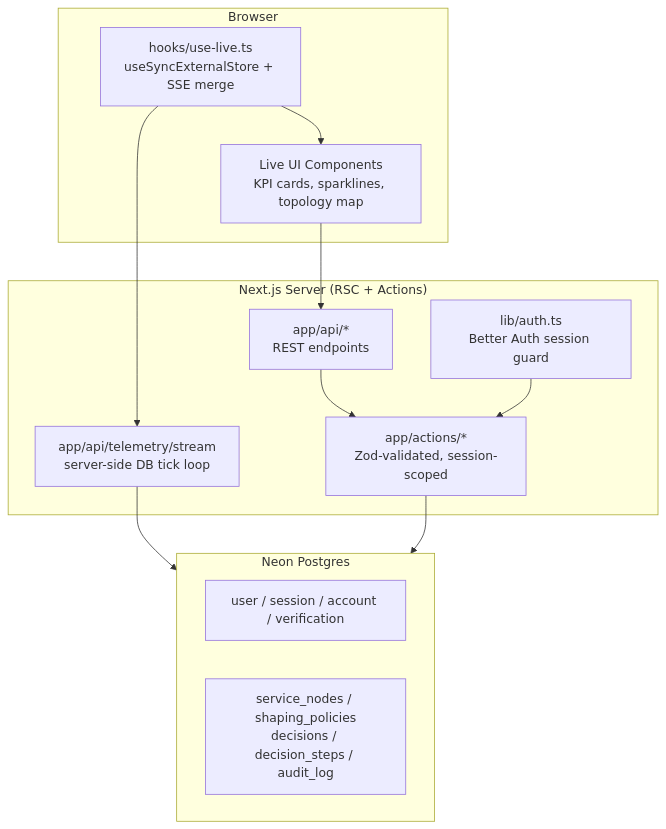
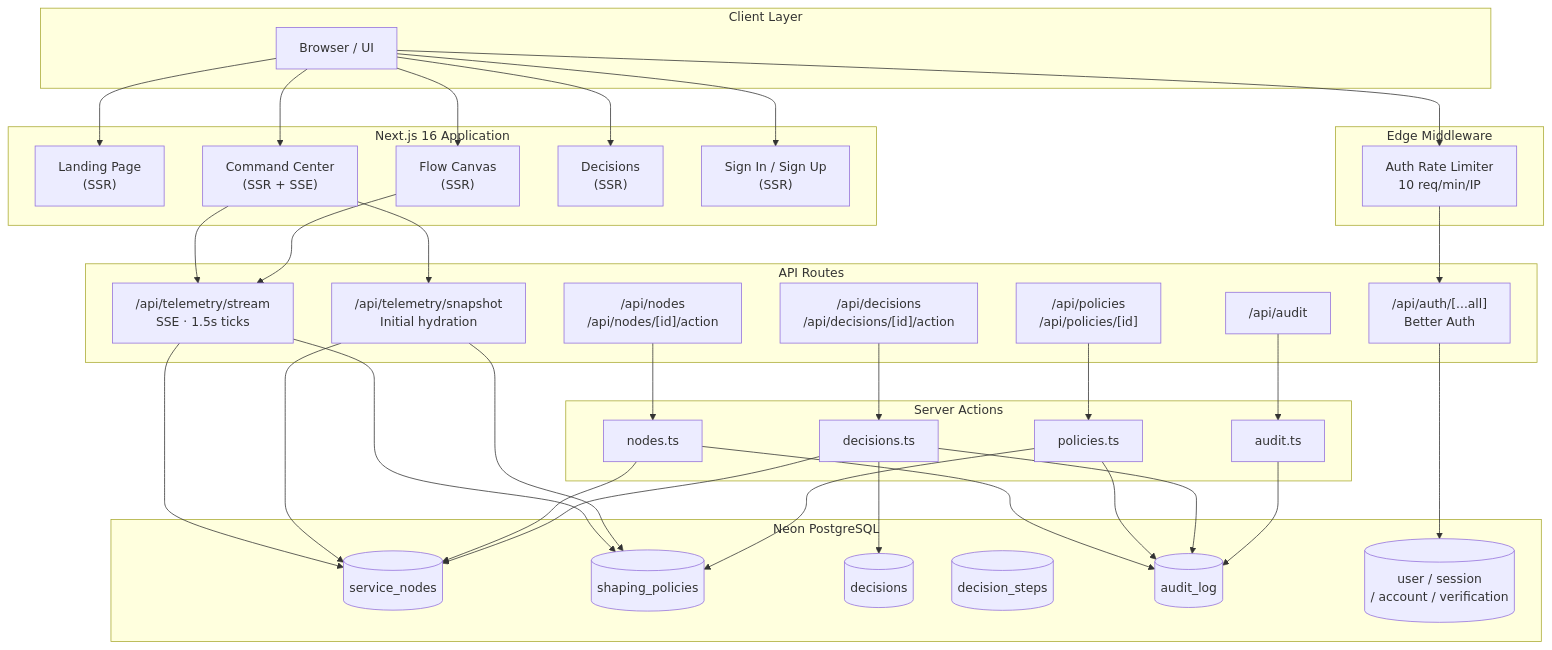
The first of 6 diagrams in README.md (BugHunterX2101/SentinalGateway), drawn with Mermaid before and after one commit. The commit also changed other lines of this file and 9 other files, not shown here.

````diff
--- a/README.md
+++ b/README.md
@@ -137,26 +50,71 @@
 ```mermaid
-graph TD
-    subgraph Client["Browser"]
-        Hook["hooks/use-live.ts<br/>useSyncExternalStore + SSE merge"]
-        UI["Live UI Components<br/>KPI cards, sparklines, topology map"]
+graph TB
+    subgraph Client["Client Layer"]
+        Browser["Browser / UI"]
     end
 
-    subgraph Server["Next.js Server (RSC + Actions)"]
-        Actions["app/actions/*<br/>Zod-validated, session-scoped"]
-        SSE["app/api/telemetry/stream<br/>server-side DB tick loop"]
-        APIRoutes["app/api/*<br/>REST endpoints"]
-        AuthLayer["lib/auth.ts<br/>Better Auth session guard"]
+    subgraph NextJS["Next.js 16 Application"]
+        Landing["Landing Page\n(SSR)"]
+        CommandCenter["Command Center\n(SSR + SSE)"]
+        FlowCanvas["Flow Canvas\n(SSR)"]
+        Decisions["Decisions\n(SSR)"]
+        AuthPages["Sign In / Sign Up\n(SSR)"]
     end
 
-    subgraph DB["Neon Postgres"]
-        AuthTables["user / session / account / verification"]
-        AppTables["service_nodes / shaping_policies<br/>decisions / decision_steps / audit_log"]
+    subgraph API["API Routes"]
+        AuthAPI["/api/auth/[...all]\nBetter Auth"]
+        NodesAPI["/api/nodes\n/api/nodes/[id]/action"]
+        PoliciesAPI["/api/policies\n/api/policies/[id]"]
+        DecisionsAPI["/api/decisions\n/api/decisions/[id]/action"]
+        AuditAPI["/api/audit"]
+        TelemetrySSE["/api/telemetry/stream\nSSE · 1.5s ticks"]
+        TelemetrySnap["/api/telemetry/snapshot\nInitial hydration"]
     end
 
-    Hook --> UI
-    UI --> APIRoutes
-    SSE --> DB
-    Hook --> SSE
-    APIRoutes --> Actions --> DB
-    AuthLayer --> Actions
+    subgraph Middleware["Edge Middleware"]
+        RateLimit["Auth Rate Limiter\n10 req/min/IP"]
+    end
+
+    subgraph ServerActions["Server Actions"]
+        NodesAction["nodes.ts"]
+        PoliciesAction["policies.ts"]
+        DecisionsAction["decisions.ts"]
+        AuditAction["audit.ts"]
+    end
+
+    subgraph DB["Neon PostgreSQL"]
+        ServiceNodes[("service_nodes")]
+        ShapingPolicies[("shaping_policies")]
+        DecisionsTable[("decisions")]
+        DecisionSteps[("decision_steps")]
+        AuditLog[("audit_log")]
+        AuthTables[("user / session\n/ account / verification")]
+    end
+
+    Browser --> RateLimit
+    RateLimit --> AuthAPI
+    Browser --> Landing
+    Browser --> CommandCenter
+    Browser --> FlowCanvas
+    Browser --> Decisions
+    Browser --> AuthPages
+
+    CommandCenter --> TelemetrySSE
+    CommandCenter --> TelemetrySnap
+    FlowCanvas --> TelemetrySSE
+
+    TelemetrySSE --> ServiceNodes
+    TelemetrySSE --> ShapingPolicies
+    TelemetrySnap --> ServiceNodes
+    TelemetrySnap --> ShapingPolicies
+
+    NodesAPI --> NodesAction --> ServiceNodes
+    NodesAction --> AuditLog
+    PoliciesAPI --> PoliciesAction --> ShapingPolicies
+    PoliciesAction --> AuditLog
+    DecisionsAPI --> DecisionsAction --> DecisionsTable
+    DecisionsAction --> ServiceNodes
+    DecisionsAction --> AuditLog
+    AuditAPI --> AuditAction --> AuditLog
+    AuthAPI --> AuthTables
 ```
````
